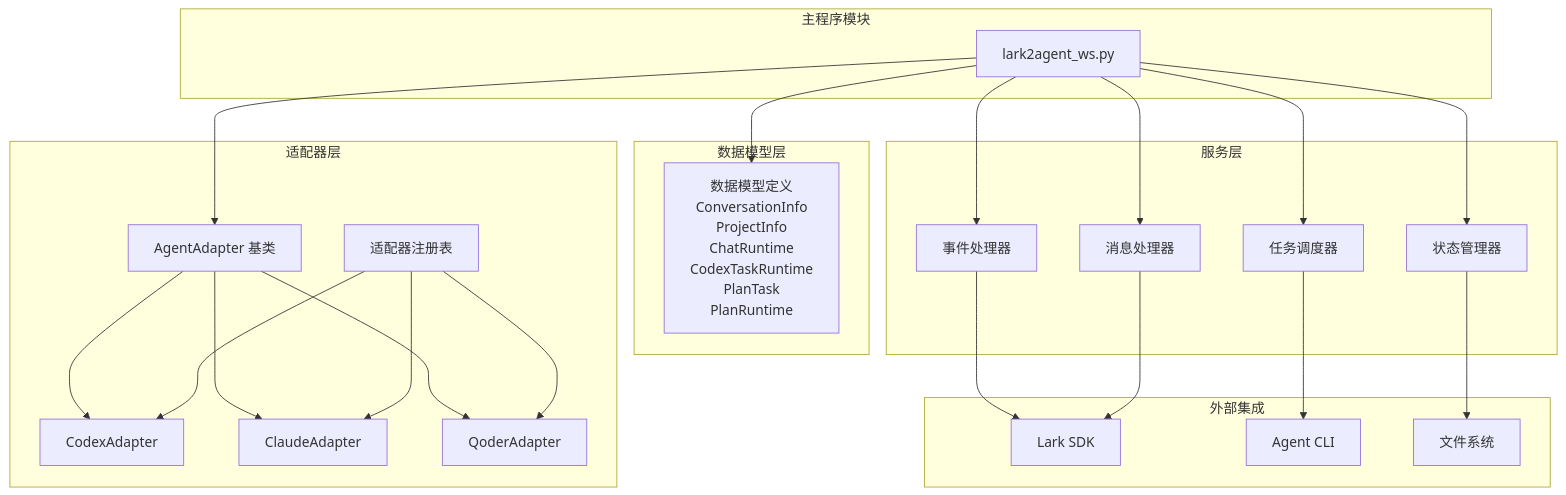
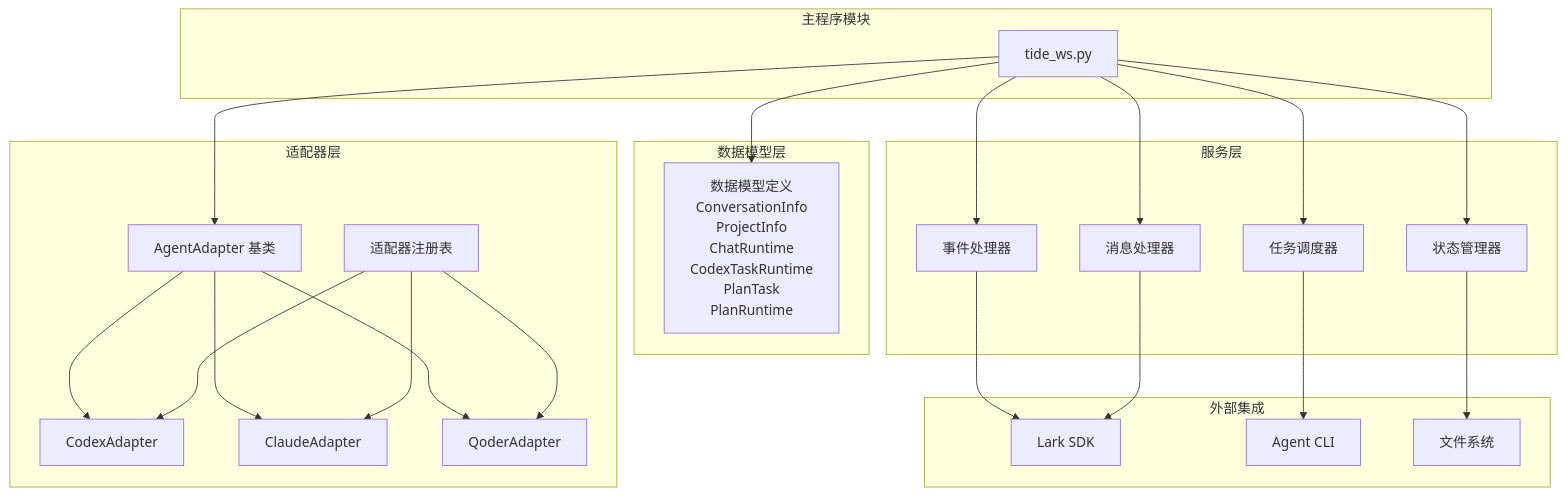
One commit to winditer/tide changed the first of 8 diagrams in .qoder/repowiki/zh/content/开发指南/代码结构分析/组件交互与依赖关系.md. Above: the diagram before and after it, drawn with Mermaid. The commit also changed other lines of this file and 260 other files, not shown here.

````diff
--- a/.qoder/repowiki/zh/content/开发指南/代码结构分析/组件交互与依赖关系.md
+++ b/.qoder/repowiki/zh/content/开发指南/代码结构分析/组件交互与依赖关系.md
@@ -26,43 +26,43 @@
 ```mermaid
 graph TB
 subgraph "主程序模块"
-WS[lark2agent_ws.py]
+WS[tide_ws.py]
 end
 subgraph "数据模型层"
 Models[数据模型定义<br/>ConversationInfo<br/>ProjectInfo<br/>ChatRuntime<br/>CodexTaskRuntime<br/>PlanTask<br/>PlanRuntime]
 end
 subgraph "适配器层"
 AdapterBase[AgentAdapter 基类]
 CodexAdapter[CodexAdapter]
 ClaudeAdapter[ClaudeAdapter]
 QoderAdapter[QoderAdapter]
 Adapters[适配器注册表]
 end
 subgraph "服务层"
 EventHandler[事件处理器]
 TaskScheduler[任务调度器]
 StateManager[状态管理器]
 MessageProcessor[消息处理器]
 end
 subgraph "外部集成"
 LarkSDK[Lark SDK]
 AgentCLI[Agent CLI]
 FileSystem[文件系统]
 end
 WS --> Models
 WS --> AdapterBase
 WS --> EventHandler
 WS --> TaskScheduler
 WS --> StateManager
 WS --> MessageProcessor
 AdapterBase --> CodexAdapter
 AdapterBase --> ClaudeAdapter
 AdapterBase --> QoderAdapter
 Adapters --> CodexAdapter
 Adapters --> ClaudeAdapter
 Adapters --> QoderAdapter
 EventHandler --> LarkSDK
 TaskScheduler --> AgentCLI
 StateManager --> FileSystem
 MessageProcessor --> LarkSDK
 ```
````
